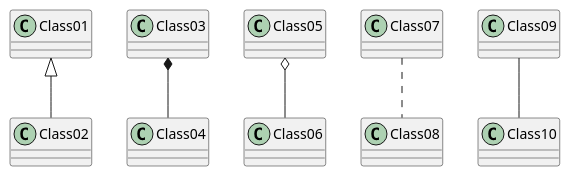
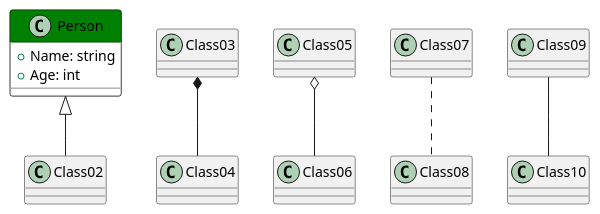
One commit to Pasgaard/Xperior-Sandbox changed the diagram in test.iuml. Above: the diagram before and after it, drawn with PlantUML.

```diff
--- a/test.iuml
+++ b/test.iuml
@@ -1,7 +1,12 @@
 @startuml
-Class01 <|-- Class02
+Class Person #back:white;header:Green
+{
++ Name: string
++ Age: int
+}
+Person <|-- Class02
 Class03 *-- Class04
 Class05 o-- Class06
 Class07 .. Class08
 Class09 -- Class10
 @enduml
```
